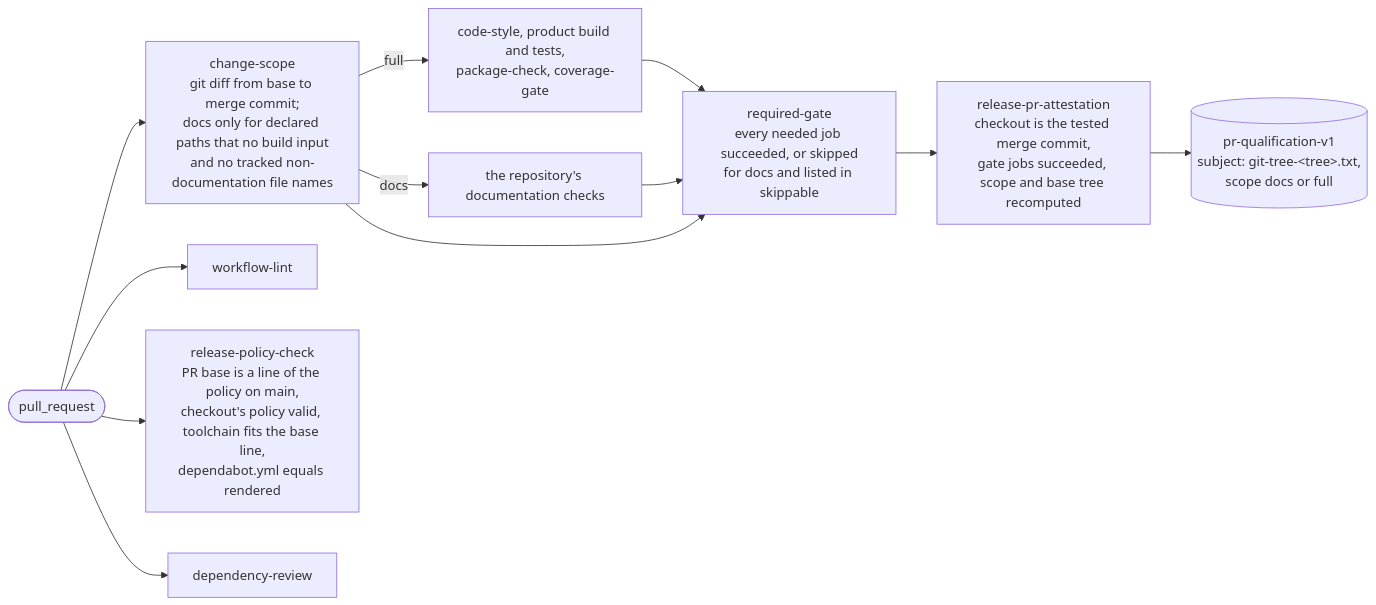
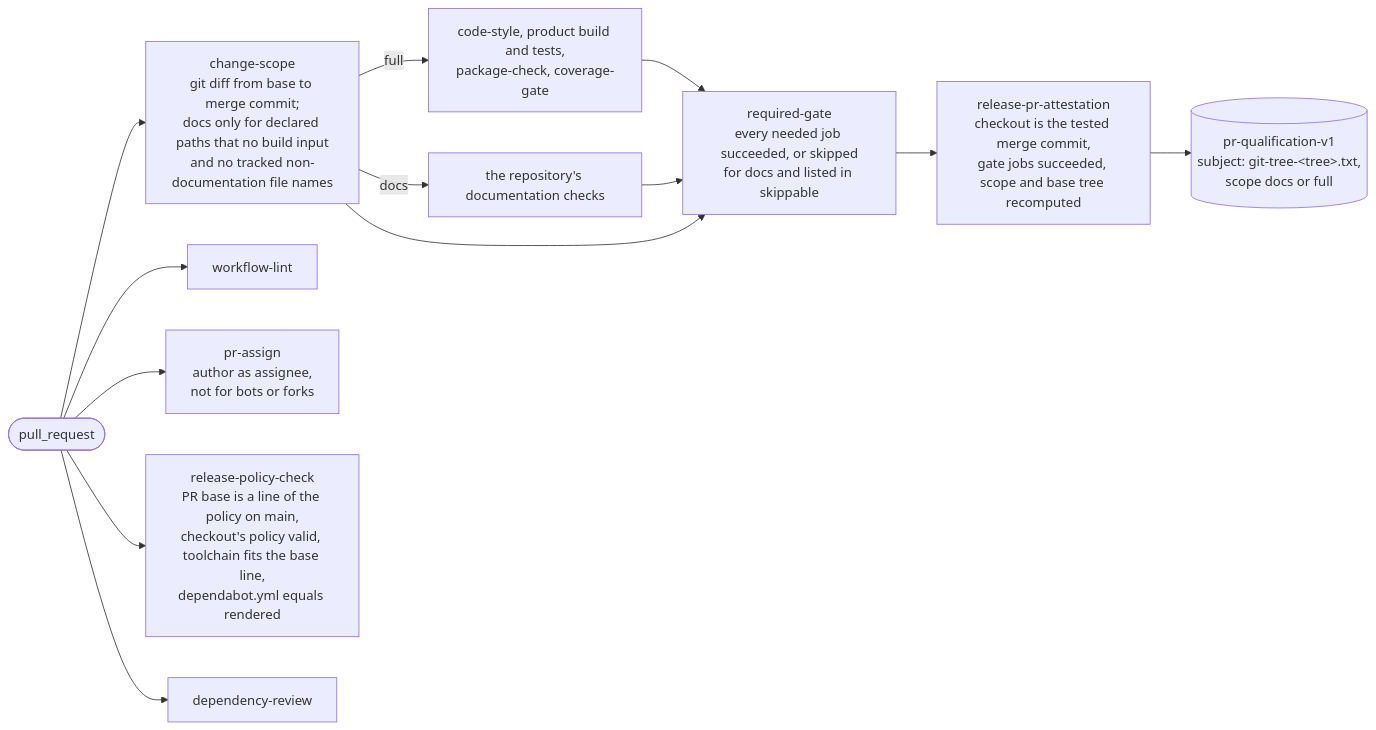
Before and after one commit to doka-labs/workflows: the fifth of 19 diagrams in docs/overview.md, drawn with Mermaid. The commit also changed other lines of this file and 4 other files, not shown here.

````diff
--- a/docs/overview.md
+++ b/docs/overview.md
@@ -159,14 +160,15 @@
 ```mermaid
 flowchart LR
   pr(["pull_request"]) --> scope["change-scope<br/>git diff from base to merge commit;<br/>docs only for declared paths that no build input<br/>and no tracked non-documentation file names"]
   pr --> lint["workflow-lint"]
+  pr --> assign["pr-assign<br/>author as assignee,<br/>not for bots or forks"]
   pr --> check["release-policy-check<br/>PR base is a line of the policy on main,<br/>checkout's policy valid, toolchain fits the base line,<br/>dependabot.yml equals rendered"]
   pr --> review["dependency-review"]
   scope -- full --> heavy["code-style, product build and tests,<br/>package-check, coverage-gate"]
   scope -- docs --> docs["the repository's documentation checks"]
   heavy --> req["required-gate<br/>every needed job succeeded, or skipped<br/>for docs and listed in skippable"]
   docs --> req
   scope --> req
   req --> prat["release-pr-attestation<br/>checkout is the tested merge commit,<br/>gate jobs succeeded, scope and base tree recomputed"]
   prat --> att[("pr-qualification-v1<br/>subject: git-tree-&lt;tree&gt;.txt,<br/>scope docs or full")]
 ```
````
